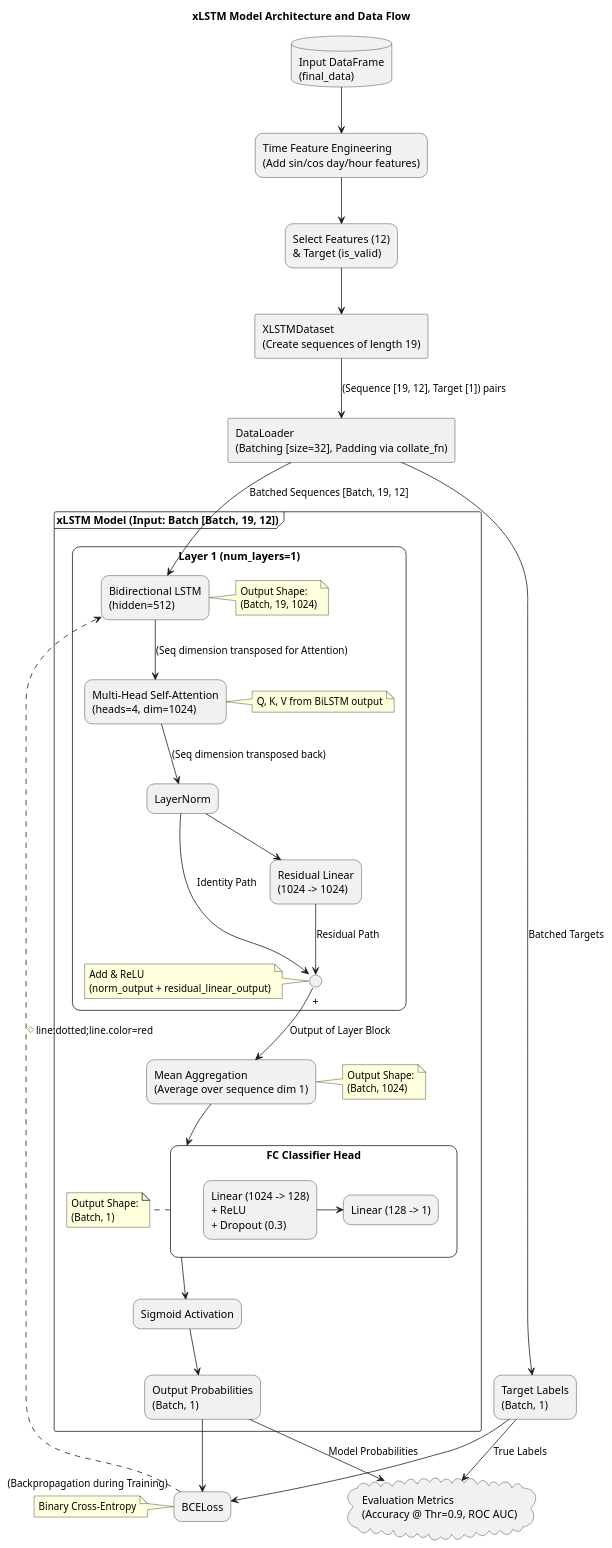
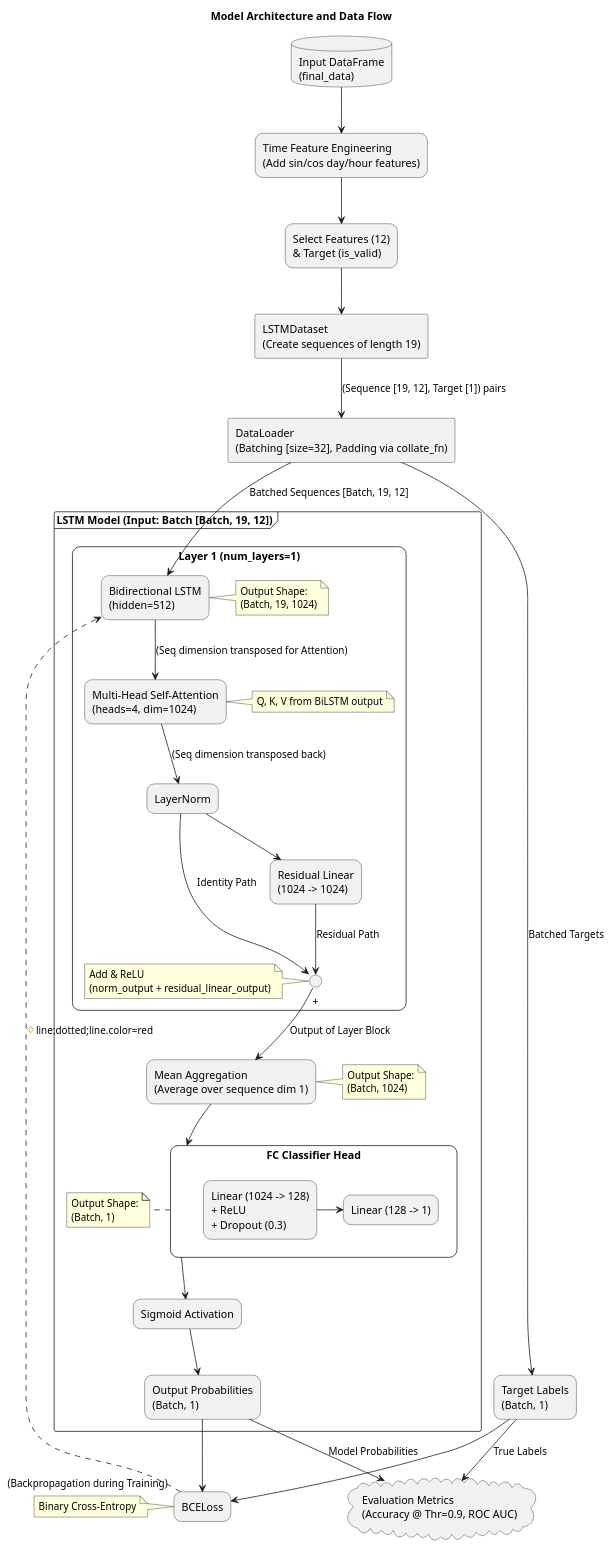
Before and after one commit to fishingpvalues/masterthesis: the diagram in figures/model.plantuml, drawn with PlantUML. The commit also changed 12 other files, not shown here.

```diff
--- a/figures/model.plantuml
+++ b/figures/model.plantuml
@@ -1,105 +1,105 @@
 @startuml
 ' Diagram Title
-title xLSTM Model Architecture and Data Flow
+title Model Architecture and Data Flow
 
 ' Style suggestion (optional, makes it look a bit nicer)
 skinparam componentStyle rectangle
 skinparam nodeStyle rectangle
 skinparam rectangle {
     RoundCorner 20
 }
 skinparam cloud {
     RoundCorner 20
 }
 skinparam database {
     RoundCorner 20
 }
 
 
 ' 1. Data Input and Preprocessing
 database "Input DataFrame\n(final_data)" as InputDF
 rectangle "Time Feature Engineering\n(Add sin/cos day/hour features)" as FeatureEng
 rectangle "Select Features (12)\n& Target (is_valid)" as FeatureSelect
 
 InputDF --> FeatureEng
 FeatureEng --> FeatureSelect
 
 ' 2. Dataset and DataLoader
-component "XLSTMDataset\n(Create sequences of length 19)" as Dataset
+component "LSTMDataset\n(Create sequences of length 19)" as Dataset
 component "DataLoader\n(Batching [size=32], Padding via collate_fn)" as Loader
 rectangle "Target Labels\n(Batch, 1)" as Targets
 
 FeatureSelect --> Dataset
 Dataset --> Loader : "(Sequence [19, 12], Target [1]) pairs"
 Loader --> Targets : "Batched Targets"
 
 ' 3. The xLSTM Model - using frame for grouping
-frame "xLSTM Model (Input: Batch [Batch, 19, 12])" {
+frame "LSTM Model (Input: Batch [Batch, 19, 12])" {
     rectangle "Layer 1 (num_layers=1)" as LayerBlock {
         rectangle "Bidirectional LSTM\n(hidden=512)" as BiLSTM
         note right of BiLSTM : Output Shape:\n(Batch, 19, 1024)
 
         rectangle "Multi-Head Self-Attention\n(heads=4, dim=1024)" as Attention
         note right of Attention : Q, K, V from BiLSTM output
 
         rectangle "LayerNorm" as LN
 
         ' Residual Connection Path
         rectangle "Residual Linear\n(1024 -> 1024)" as ResLinear
         () "+" as AddNode
         note left of AddNode : Add & ReLU\n(norm_output + residual_linear_output)
 
         BiLSTM --> Attention : "(Seq dimension transposed for Attention)"
         Attention --> LN : "(Seq dimension transposed back)"
         
         ' Explicitly show the split for residual
         LN --> AddNode : "Identity Path"
         LN --> ResLinear
         ResLinear --> AddNode : "Residual Path"
     }
     
     rectangle "Mean Aggregation\n(Average over sequence dim 1)" as MeanPool
     note right of MeanPool : Output Shape:\n(Batch, 1024)
 
     rectangle "FC Classifier Head" as FCHead {
         rectangle "Linear (1024 -> 128)\n+ ReLU\n+ Dropout (0.3)" as FC1
         rectangle "Linear (128 -> 1)" as FC2
         FC1 -> FC2
     }
     note right of FCHead : Output Shape:\n(Batch, 1)
 
     rectangle "Sigmoid Activation" as Sigmoid
     rectangle "Output Probabilities\n(Batch, 1)" as OutputProbs
 
 
     ' Model Internal Flow
     AddNode --> MeanPool : "Output of Layer Block"
     MeanPool --> FCHead
     FCHead --> Sigmoid
     Sigmoid --> OutputProbs
 }
 
 ' Connecting Loader to Model Input
 Loader --> BiLSTM : "Batched Sequences [Batch, 19, 12]"
 
 
 ' 4. Loss Calculation (Training)
 rectangle "BCELoss" as LossCalc
 note left of LossCalc : Binary Cross-Entropy
 
 OutputProbs --> LossCalc
 Targets --> LossCalc
 
 
 ' 5. Evaluation (Testing/Validation)
 cloud "Evaluation Metrics\n(Accuracy @ Thr=0.9, ROC AUC)" as Eval
 
 OutputProbs --> Eval : "Model Probabilities"
 Targets --> Eval : "True Labels"
 
 
 ' Explicit flow for clarity
 LossCalc ..> BiLSTM : "(Backpropagation during Training)" #line:dotted;line.color=red
 
 
 @enduml
```
